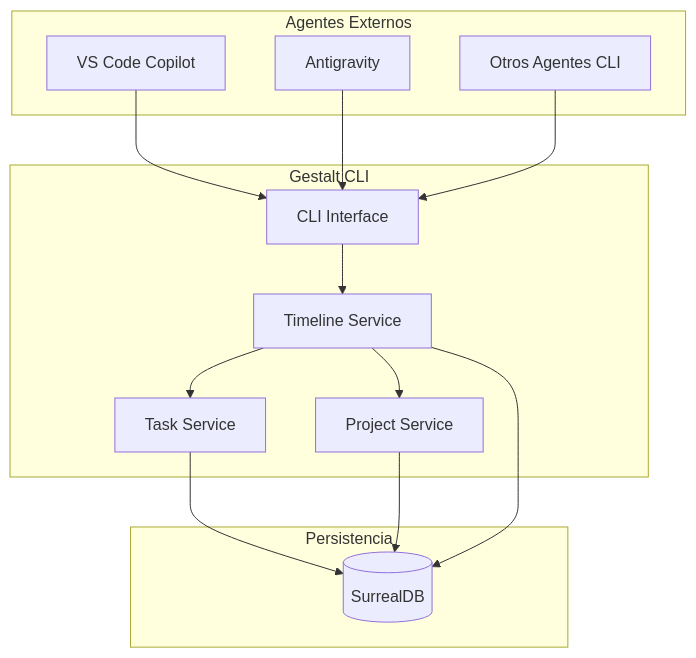
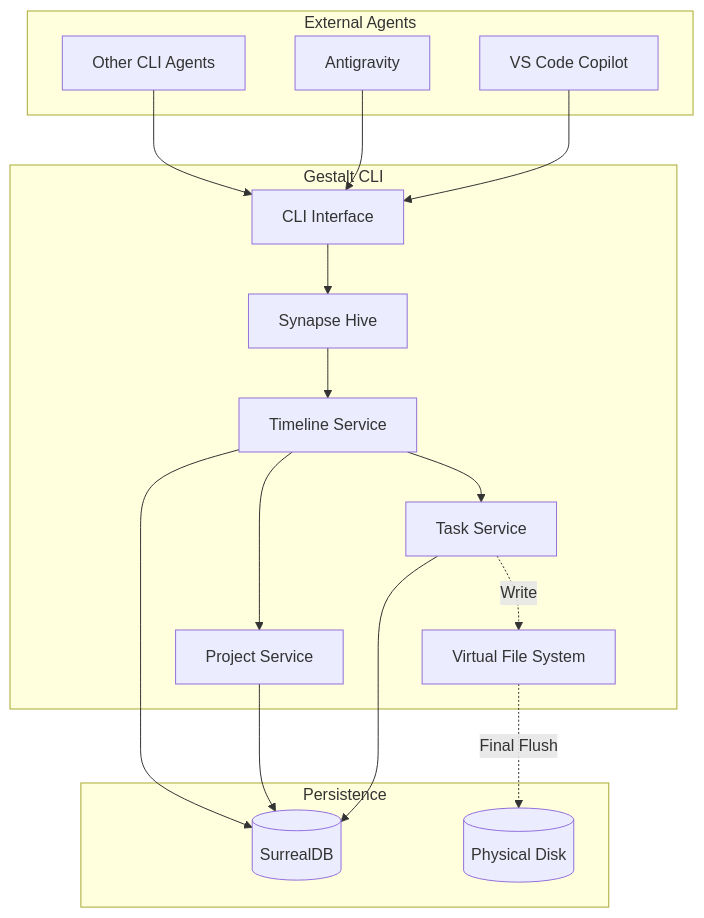
One commit to iberi22/gestalt-rust changed the diagram in .gitcore/planning/PLANNING.md. Above: the diagram before and after it, drawn with Mermaid. The commit also changed other lines of this file and 19 other files, not shown here.

Commit message:
feat: implement Phase 6 - Advanced Resilience and Isolation (VFS, Elastic Loops, Synapse integration) and translate documentation to English

````diff
--- a/.gitcore/planning/PLANNING.md
+++ b/.gitcore/planning/PLANNING.md
@@ -20,29 +20,35 @@
 ```mermaid
 graph TB
-    subgraph "Agentes Externos"
+    subgraph "External Agents"
         A1[VS Code Copilot]
         A2[Antigravity]
-        A3[Otros Agentes CLI]
+        A3[Other CLI Agents]
     end
 
     subgraph "Gestalt CLI"
         CLI[CLI Interface]
+        Hive[Synapse Hive]
         TL[Timeline Service]
         TS[Task Service]
         PS[Project Service]
+        VFS[Virtual File System]
     end
 
-    subgraph "Persistencia"
+    subgraph "Persistence"
         SDB[(SurrealDB)]
+        Disk[(Physical Disk)]
     end
 
     A1 --> CLI
     A2 --> CLI
     A3 --> CLI
-    CLI --> TL
+    CLI --> Hive
+    Hive --> TL
     TL --> TS
     TL --> PS
     TS --> SDB
     PS --> SDB
     TL --> SDB
+    VFS -.->|Final Flush| Disk
+    TS -.->|Write| VFS
 ```
````
